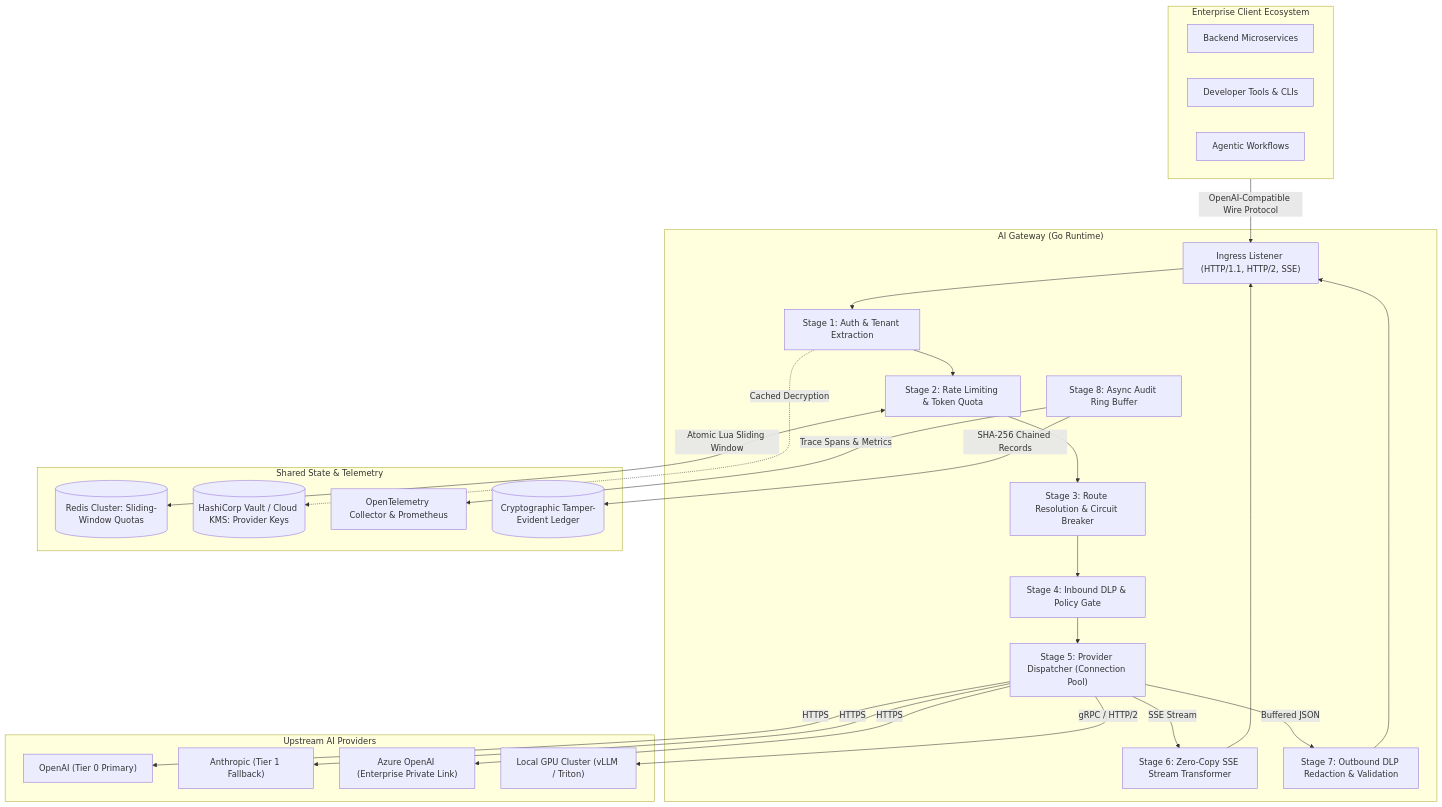
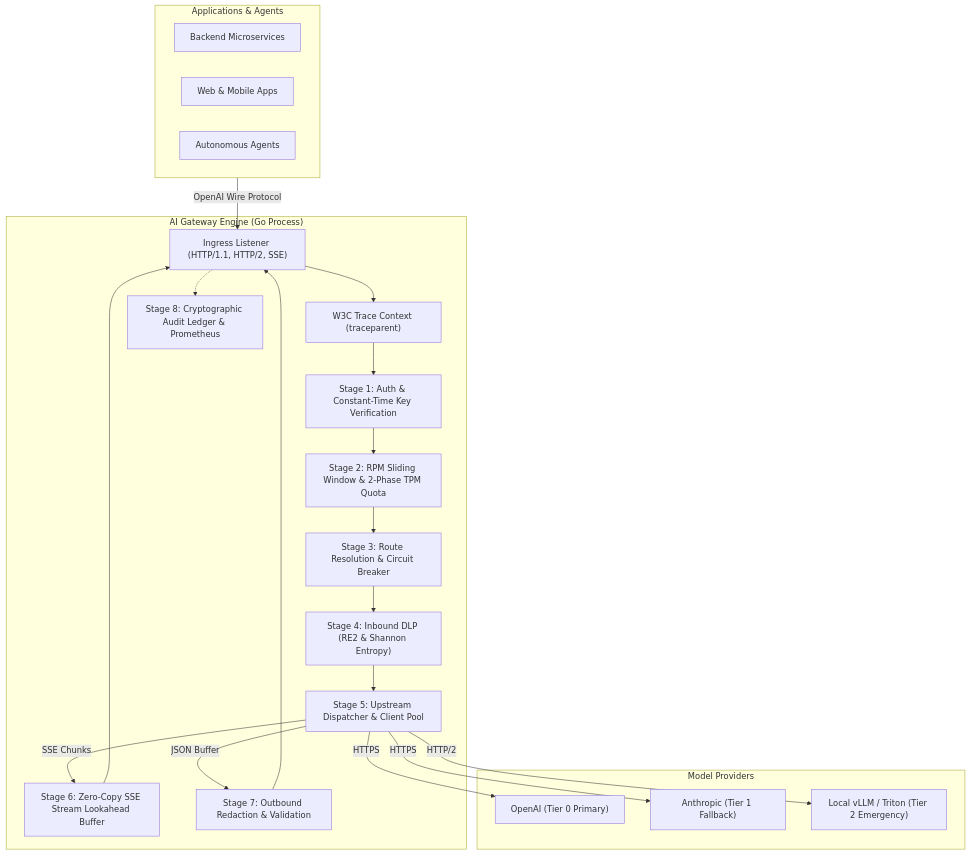
Before and after one commit to unveiledhistory49/ai-gateway: the diagram in README.md, drawn with Mermaid. The commit also changed other lines of this file and 1 other file, not shown here.

````diff
--- a/README.md
+++ b/README.md
@@ -35,56 +33,46 @@
 ```mermaid
 flowchart TD
-    subgraph Clients["Enterprise Client Ecosystem"]
+    subgraph Clients["Applications & Agents"]
         AppA["Backend Microservices"]
-        AppB["Developer Tools & CLIs"]
-        AppC["Agentic Workflows"]
+        AppB["Web & Mobile Apps"]
+        AppC["Autonomous Agents"]
     end
 
-    subgraph Gateway["AI Gateway (Go Runtime)"]
+    subgraph Gateway["AI Gateway Engine (Go Process)"]
         Ingress["Ingress Listener (HTTP/1.1, HTTP/2, SSE)"]
-        Auth["Stage 1: Auth & Tenant Extraction"]
-        Quota["Stage 2: Rate Limiting & Token Quota"]
+        Tracing["W3C Trace Context (traceparent)"]
+        Auth["Stage 1: Auth & Constant-Time Key Verification"]
+        Quota["Stage 2: RPM Sliding Window & 2-Phase TPM Quota"]
         Router["Stage 3: Route Resolution & Circuit Breaker"]
-        DLPIn["Stage 4: Inbound DLP & Policy Gate"]
-        Dispatch["Stage 5: Provider Dispatcher (Connection Pool)"]
-        StreamEngine["Stage 6: Zero-Copy SSE Stream Transformer"]
-        DLPOut["Stage 7: Outbound DLP Redaction & Validation"]
-        Audit["Stage 8: Async Audit Ring Buffer"]
+        DLPIn["Stage 4: Inbound DLP (RE2 & Shannon Entropy)"]
+        Dispatch["Stage 5: Upstream Dispatcher & Client Pool"]
+        StreamEngine["Stage 6: Zero-Copy SSE Stream Lookahead Buffer"]
+        DLPOut["Stage 7: Outbound Redaction & Validation"]
+        Audit["Stage 8: Cryptographic Audit Ledger & Prometheus"]
     end
 
-    subgraph Infrastructure["Shared State & Telemetry"]
-        Redis[("Redis Cluster: Sliding-Window Quotas")]
-        Vault[("HashiCorp Vault / Cloud KMS: Provider Keys")]
-        OTel["OpenTelemetry Collector & Prometheus"]
-        AuditLog[("Cryptographic Tamper-Evident Ledger")]
+    subgraph Providers["Model Providers"]
+        OAI["OpenAI (Tier 0 Primary)"]
+        Anthropic["Anthropic (Tier 1 Fallback)"]
+        Local["Local vLLM / Triton (Tier 2 Emergency)"]
     end
 
-    subgraph Providers["Upstream AI Providers"]
-        OpenAI["OpenAI (Tier 0 Primary)"]
-        Anthropic["Anthropic (Tier 1 Fallback)"]
-        Azure["Azure OpenAI (Enterprise Private Link)"]
-        VLLM["Local GPU Cluster (vLLM / Triton)"]
-    end
-
-    Clients -->|OpenAI-Compatible Wire Protocol| Ingress
-    Ingress --> Auth
+    Clients -->|OpenAI Wire Protocol| Ingress
+    Ingress --> Tracing
+    Tracing --> Auth
     Auth --> Quota
     Quota --> Router
     Router --> DLPIn
     DLPIn --> Dispatch
 
-    Dispatch -->|SSE Stream| StreamEngine
-    Dispatch -->|Buffered JSON| DLPOut
+    Dispatch -->|SSE Chunks| StreamEngine
+    Dispatch -->|JSON Buffer| DLPOut
     StreamEngine --> Ingress
     DLPOut --> Ingress
 
-    Quota <-->|Atomic Lua Sliding Window| Redis
-    Auth -.->|Cached Decryption| Vault
-    Audit -->|Trace Spans & Metrics| OTel
-    Audit -->|SHA-256 Chained Records| AuditLog
+    Dispatch -->|HTTPS| OAI
+    Dispatch -->|HTTPS| Anthropic
+    Dispatch -->|HTTP/2| Local
 
-    Dispatch -->|HTTPS| OpenAI
-    Dispatch -->|HTTPS| Anthropic
-    Dispatch -->|HTTPS| Azure
-    Dispatch -->|gRPC / HTTP/2| VLLM
+    Ingress -.-> Audit
 ```
````
